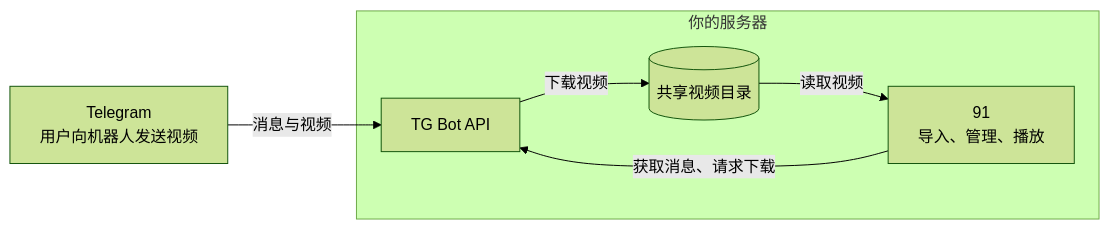
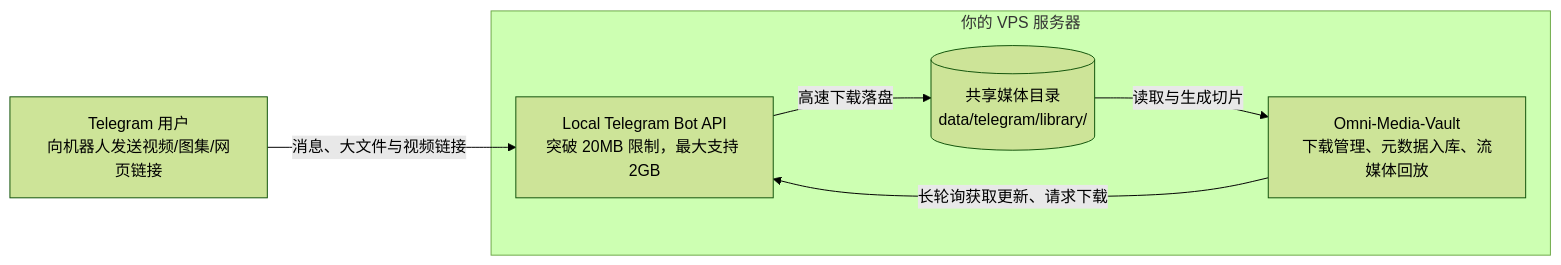
One commit to z08w12/omni-media-vault changed the diagram in backend/docs/Enable_Telegram.md. Above: the diagram before and after it, drawn with Mermaid (forest theme). The commit also changed other lines of this file and 5 other files, not shown here.

````diff
--- a/backend/docs/Enable_Telegram.md
+++ b/backend/docs/Enable_Telegram.md
@@ -3,13 +9,13 @@
 ```mermaid
 flowchart LR
-    TG["Telegram<br/>用户向机器人发送视频"]
-    subgraph SERVER["你的服务器"]
-        API["TG Bot API"]
-        FILES[("共享视频目录")]
-        SITE["91<br/>导入、管理、播放"]
+    TG["Telegram 用户<br/>向机器人发送视频/图集/网页链接"]
+    subgraph SERVER["你的 VPS 服务器"]
+        API["Local Telegram Bot API<br/>突破 20MB 限制，最大支持 2GB"]
+        FILES[("共享媒体目录<br/>data/telegram/library/")]
+        SITE["Omni-Media-Vault<br/>下载管理、元数据入库、流媒体回放"]
     end
-    TG -->|消息与视频| API
-    SITE -->|获取消息、请求下载| API
-    API -->|下载视频| FILES
-    FILES -->|读取视频| SITE
+    TG -->|消息、大文件与视频链接| API
+    SITE -->|长轮询获取更新、请求下载| API
+    API -->|高速下载落盘| FILES
+    FILES -->|读取与生成切片| SITE
 ```
````
